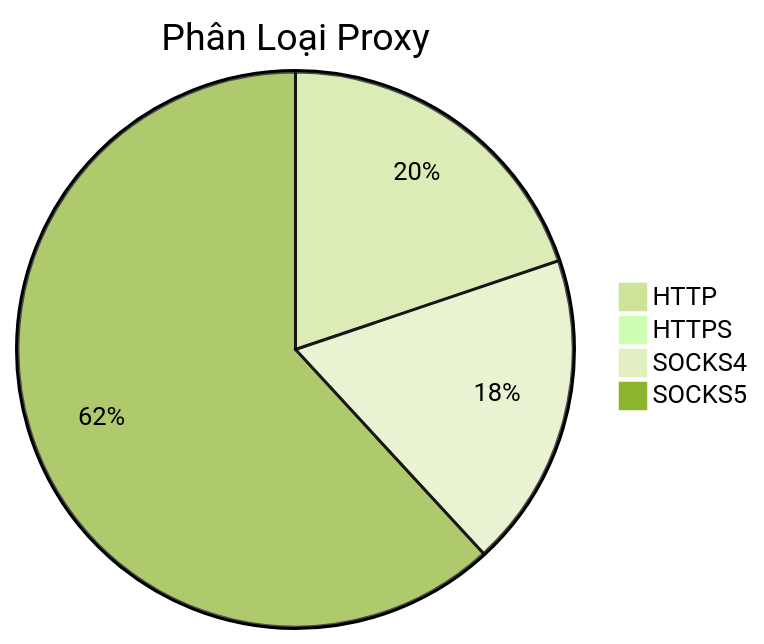
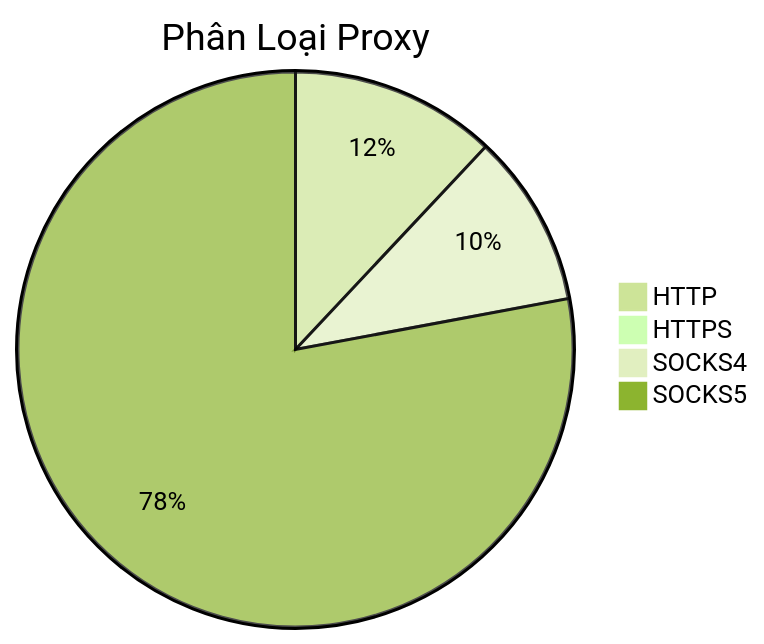
One commit to Ciara-Aa/PROXY-free changed the diagram in README.md. Above: the diagram before and after it, drawn with Mermaid (forest theme). The commit also changed other lines of this file and 4 other files, not shown here.

````diff
--- a/README.md
+++ b/README.md
@@ -26,7 +26,7 @@
 ```mermaid
 pie title Phân Loại Proxy
-    "HTTP" : 332
-    "HTTPS" : 4
-    "SOCKS4" : 307
-    "SOCKS5" : 1036
+    "HTTP" : 388
+    "HTTPS" : 1
+    "SOCKS4" : 326
+    "SOCKS5" : 2522
 ```
````
